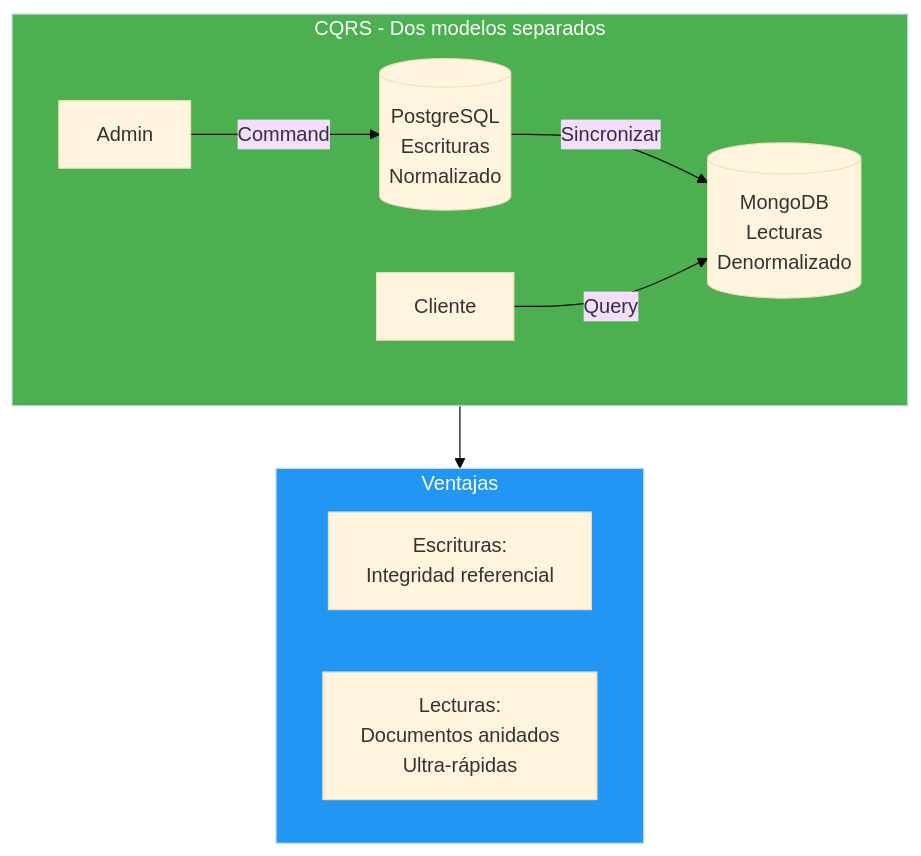
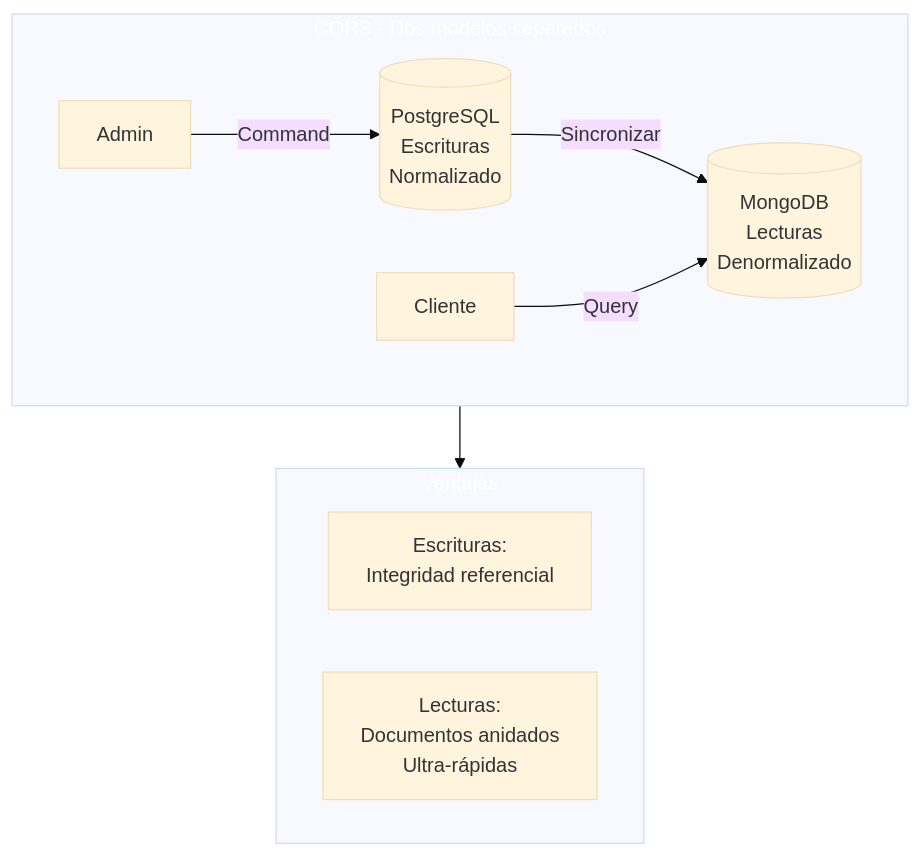
The fourth of 24 diagrams in 30-cqrs-mediator.md (joseluisgs/DesarrolloWebEntornosServidor-02-2026-2027), drawn with Mermaid (base theme) before and after one commit. The commit also changed other lines of this file and 41 other files, not shown here.

````diff
--- a/30-cqrs-mediator.md
+++ b/30-cqrs-mediator.md
@@ -264,18 +264,18 @@
 ```mermaid
 flowchart TD
     subgraph CQRS["CQRS - Dos modelos separados"]
         A[Admin] -->|Command| B[(PostgreSQL\nEscrituras\nNormalizado)]
         B -->|Sincronizar| C[(MongoDB\nLecturas\nDenormalizado)]
         D[Cliente] -->|Query| C
     end
 
     subgraph VENTAJAS["Ventajas"]
         V1["Escrituras:\nIntegridad referencial"]
         V2["Lecturas:\nDocumentos anidados\nUltra-rápidas"]
     end
 
     CQRS --> VENTAJAS
 
-    style CQRS fill:#4CAF50,color:#fff
-    style VENTAJAS fill:#2196F3,color:#fff
+    style CQRS fill:#4CAF5,color:#fff0,color:#fff
+    style VENTAJAS fill:#2196F,color:#fff3,color:#fff
 ```
````
